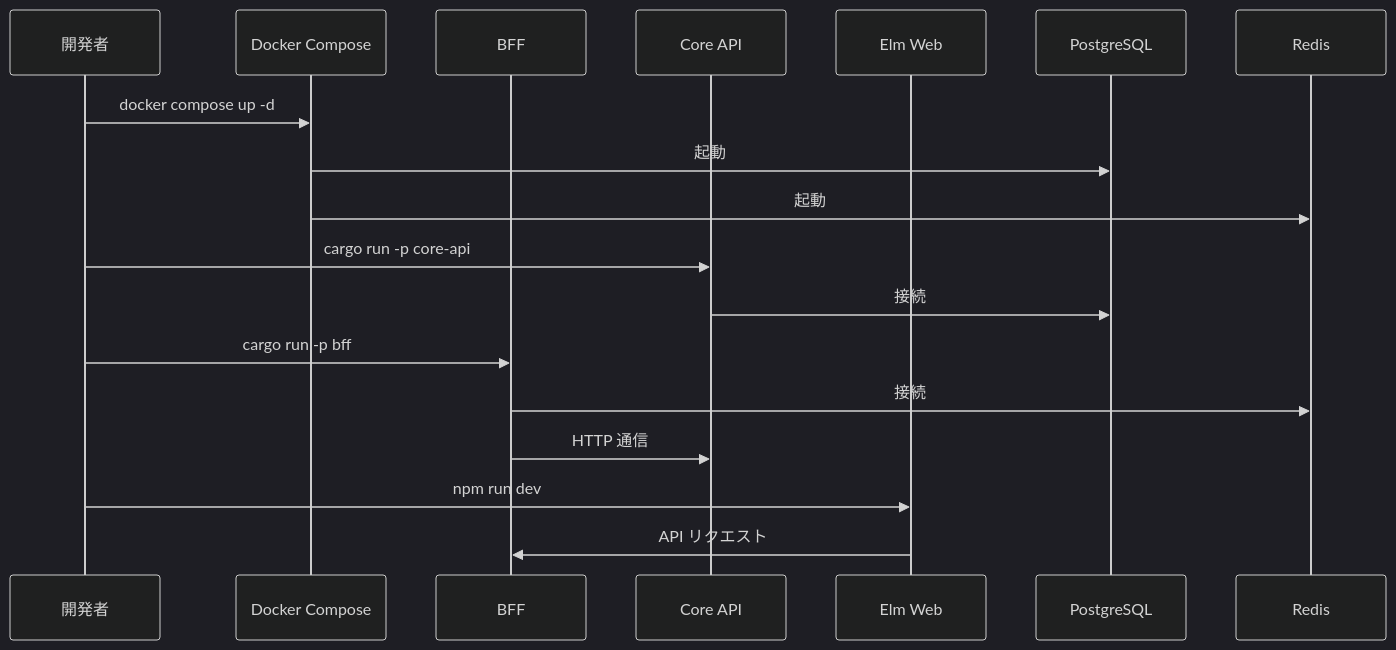
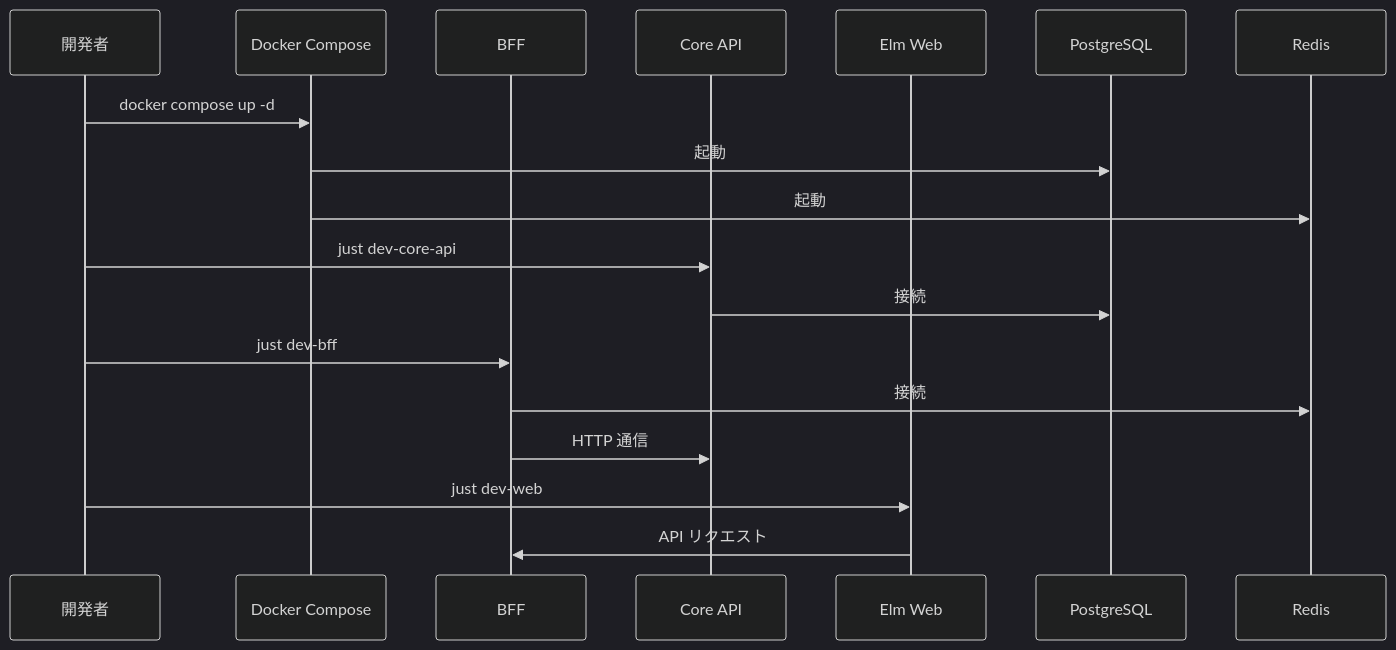
One commit to ka2kama/ringiflow changed the third of 3 diagrams in docs/02_設計書/01_プロジェクト構造設計.md. Above: the diagram before and after it, drawn with Mermaid (dark theme). The commit also changed other lines of this file and 60 other files, not shown here.

````diff
--- a/docs/02_設計書/01_プロジェクト構造設計.md
+++ b/docs/02_設計書/01_プロジェクト構造設計.md
@@ -590,24 +573,24 @@
 ```mermaid
 sequenceDiagram
     participant Dev as 開発者
     participant Docker as Docker Compose
     participant BFF as BFF
     participant Core as Core API
     participant Web as Elm Web
     participant DB as PostgreSQL
     participant Cache as Redis
 
     Dev->>Docker: docker compose up -d
     Docker->>DB: 起動
     Docker->>Cache: 起動
 
-    Dev->>Core: cargo run -p core-api
+    Dev->>Core: just dev-core-api
     Core->>DB: 接続
 
-    Dev->>BFF: cargo run -p bff
+    Dev->>BFF: just dev-bff
     BFF->>Cache: 接続
     BFF->>Core: HTTP 通信
 
-    Dev->>Web: npm run dev
+    Dev->>Web: just dev-web
     Web->>BFF: API リクエスト
 ```
````
